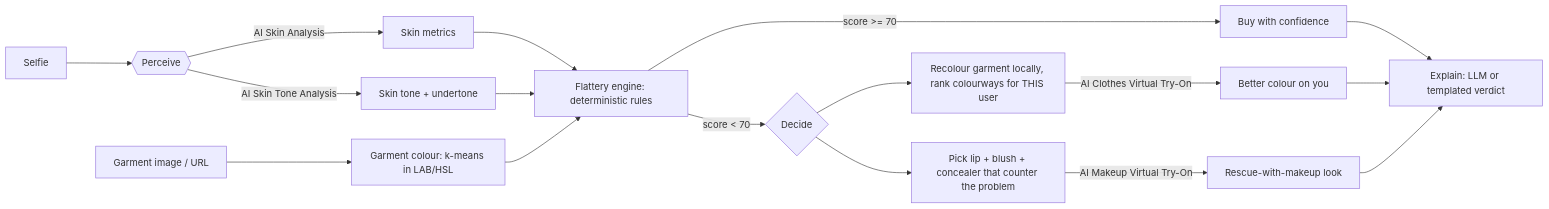
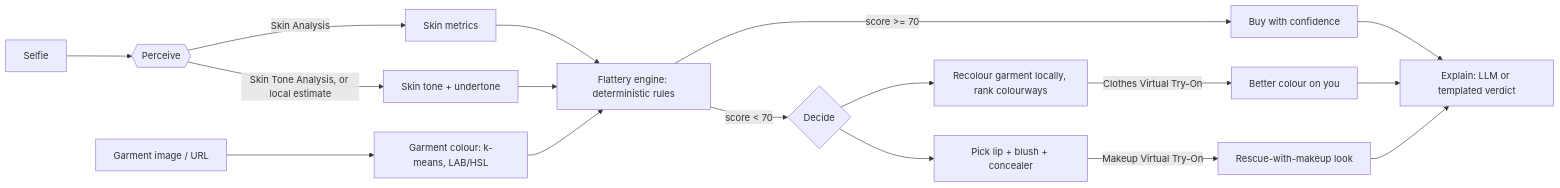
The diagram in README.md (kunal-motwani/lowkey), drawn with Mermaid before and after one commit. The commit also changed other lines of this file and 48 other files, not shown here.

````diff
--- a/README.md
+++ b/README.md
@@ -9,13 +14,13 @@
 ```mermaid
 flowchart LR
   S[Selfie] --> P{{Perceive}}
-  G[Garment image / URL] --> C[Garment colour: k-means in LAB/HSL]
-  P -->|AI Skin Analysis| M[Skin metrics]
-  P -->|AI Skin Tone Analysis| T[Skin tone + undertone]
+  G[Garment image / URL] --> C[Garment colour: k-means, LAB/HSL]
+  P -->|Skin Analysis| M[Skin metrics]
+  P -->|Skin Tone Analysis, or local estimate| T[Skin tone + undertone]
   M & T & C --> F[Flattery engine: deterministic rules]
   F -->|score >= 70| B[Buy with confidence]
   F -->|score < 70| D{Decide}
-  D --> R1[Recolour garment locally, rank colourways for THIS user] -->|AI Clothes Virtual Try-On| V1[Better colour on you]
-  D --> R2[Pick lip + blush + concealer that counter the problem] -->|AI Makeup Virtual Try-On| V2[Rescue-with-makeup look]
+  D --> R1[Recolour garment locally, rank colourways] -->|Clothes Virtual Try-On| V1[Better colour on you]
+  D --> R2[Pick lip + blush + concealer] -->|Makeup Virtual Try-On| V2[Rescue-with-makeup look]
   B & V1 & V2 --> E[Explain: LLM or templated verdict]
 ```
````
